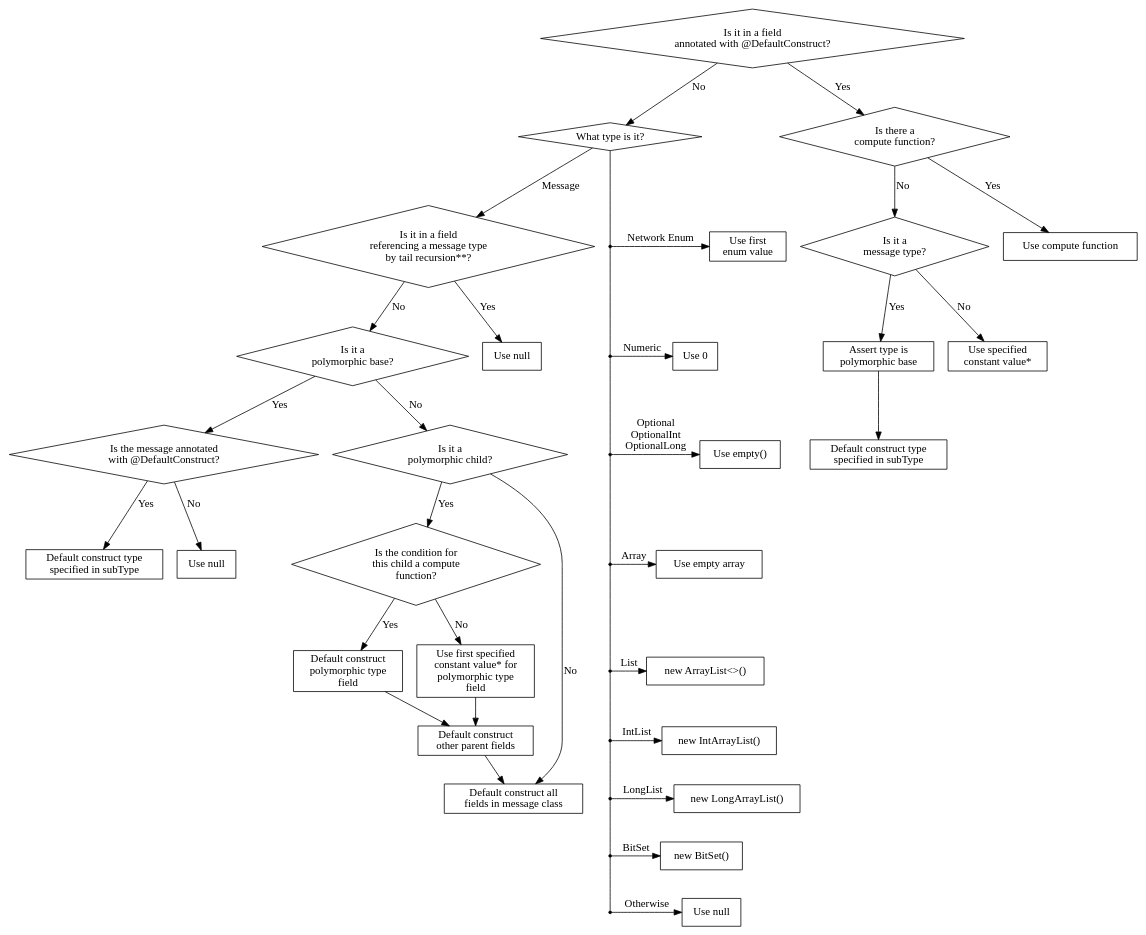
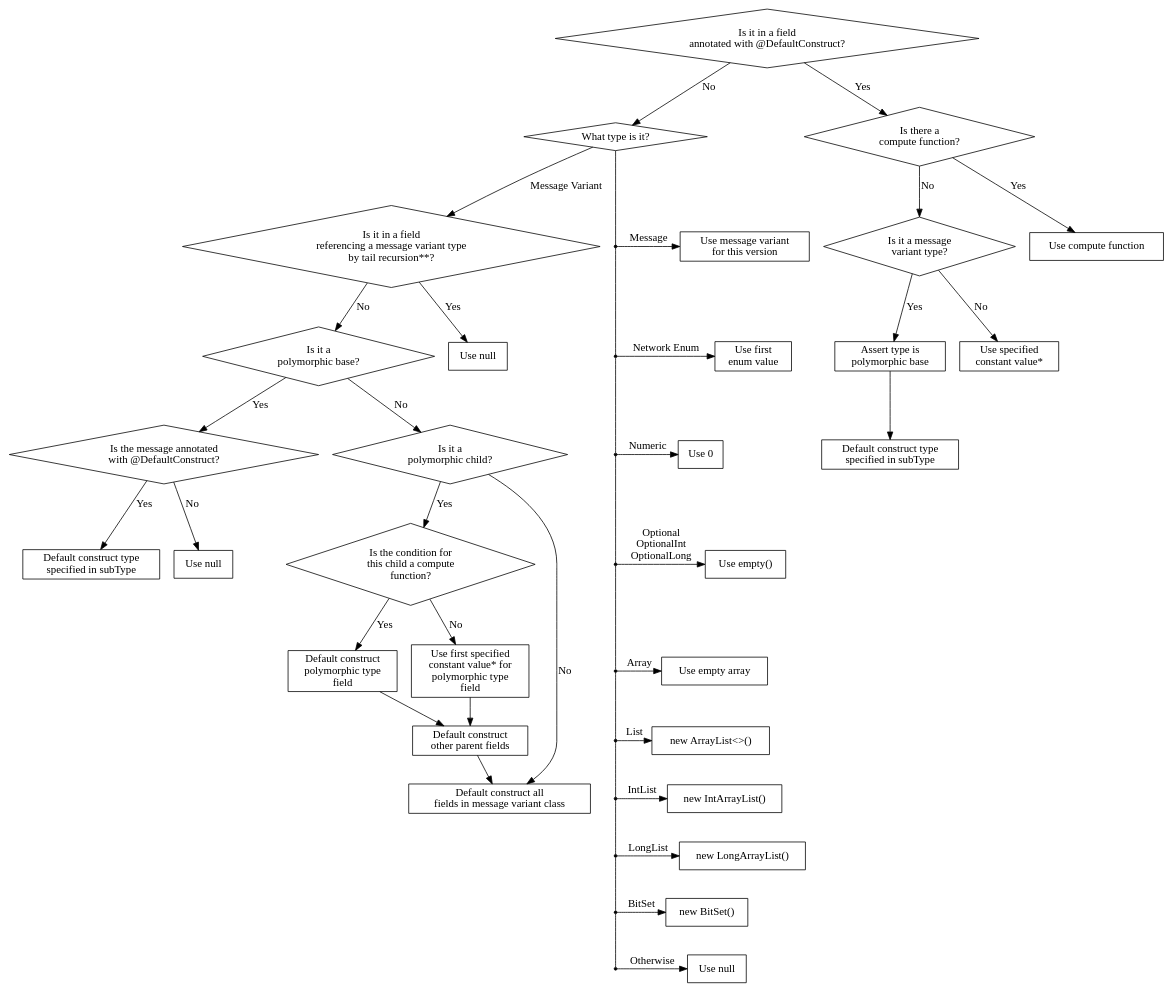
The diagram in docs/default_construction.dot (Earthcomputer/multiconnect), drawn with Graphviz before and after one commit. The commit also changed 206 other files, not shown here.

Commit message:
Refactor docs and packet impls to use message interfaces and concrete message variant implementations

```diff
--- a/docs/default_construction.dot
+++ b/docs/default_construction.dot
@@ -1,124 +1,131 @@
 digraph {
     subgraph {
         node [shape=diamond]
         IsAnnotatedField [label="Is it in a field\nannotated with @DefaultConstruct?"]
         WhatType [label="What type is it?"]
         FieldHasComputeFunction [label="Is there a\ncompute function?"]
-        FieldIsMessageType [label="Is it a\nmessage type?"]
+        FieldIsMessageType [label="Is it a message\nvariant type?"]
 
-        IsInTailrec [label="Is it in a field\nreferencing a message type\nby tail recursion**?"]
+        IsInTailrec [label="Is it in a field\nreferencing a message variant type\nby tail recursion**?"]
         IsPolymorphicParent [label="Is it a\npolymorphic base?"]
         PolymorphicParentHasDefaultConstruct [label="Is the message annotated\nwith @DefaultConstruct?"]
         IsPolymorphicChild [label="Is it a\npolymorphic child?"]
         IsPolymorphicChildCompute [label="Is the condition for\nthis child a compute\nfunction?"]
     }
 
     subgraph {
         node [shape=box]
         FieldUseComputeFunction [label="Use compute function"]
         FieldAssertMessageTypeIsParent [label="Assert type is\npolymorphic base"]
         FieldUsePolymorphicSubtype [label="Default construct type\nspecified in subType"]
         FieldUseConstantValue [label="Use specified\nconstant value*"]
 
         UsePolymorphicSubtype [label="Default construct type\nspecified in subType"]
         DefaultConstructPolymorphicTypeField [label="Default construct\npolymorphic type\nfield"]
         PolymorphicTypeFieldConstant [label="Use first specified\nconstant value* for\npolymorphic type\nfield"]
         DefaultConstructOtherParentFields [label="Default construct\nother parent fields"]
-        DefaultConstructFields [label="Default construct all\nfields in message class"]
+        DefaultConstructFields [label="Default construct all\nfields in message variant class"]
     }
 
     subgraph {
         node [shape=box,label="Use null"]
         Null1
         Null2
     }
 
     IsAnnotatedField -> FieldHasComputeFunction [label="Yes"]
     FieldHasComputeFunction -> FieldUseComputeFunction [label="Yes"]
     FieldHasComputeFunction -> FieldIsMessageType [label="No"]
     FieldIsMessageType -> FieldAssertMessageTypeIsParent [label="Yes"]
     FieldAssertMessageTypeIsParent -> FieldUsePolymorphicSubtype
     FieldIsMessageType -> FieldUseConstantValue [label="No"]
 
     IsAnnotatedField -> WhatType [label="No"]
 
-    WhatType -> IsInTailrec [label="Message"]
+    WhatType -> IsInTailrec [label="Message Variant"]
     IsInTailrec -> Null2 [label="Yes"]
     IsInTailrec -> IsPolymorphicParent [label="No"]
     IsPolymorphicParent -> PolymorphicParentHasDefaultConstruct [label="Yes"]
     PolymorphicParentHasDefaultConstruct -> UsePolymorphicSubtype [label="Yes"]
     PolymorphicParentHasDefaultConstruct -> Null1 [label="No"]
     IsPolymorphicParent -> IsPolymorphicChild [label="No"]
     IsPolymorphicChild -> IsPolymorphicChildCompute [label="Yes"]
     IsPolymorphicChildCompute -> DefaultConstructPolymorphicTypeField [label="Yes"]
     IsPolymorphicChildCompute -> PolymorphicTypeFieldConstant [label="No"]
     DefaultConstructPolymorphicTypeField -> DefaultConstructOtherParentFields
     PolymorphicTypeFieldConstant -> DefaultConstructOtherParentFields
     DefaultConstructOtherParentFields -> DefaultConstructFields
     IsPolymorphicChild -> DefaultConstructFields [label="No"]
 
-    WhatType -> UseFirstEnumValueAttach [dir=none]
+    WhatType -> UseMessageAttach [dir=none]
+    subgraph {
+        rank = same
+        UseMessageAttach [shape=point]
+        UseMessage [shape=box,label="Use message variant\nfor this version"]
+        UseMessageAttach -> UseMessage [label="Message"]
+    }
+    UseMessageAttach -> UseFirstEnumValueAttach [dir=none]
     subgraph {
         rank = same
         UseFirstEnumValueAttach [shape=point]
         UseFirstEnumValue [shape=box,label="Use first\nenum value"]
         UseFirstEnumValueAttach -> UseFirstEnumValue [label="Network Enum"]
     }
     UseFirstEnumValueAttach -> UseZeroAttach [dir=none]
     subgraph {
         rank = same
         UseZeroAttach [shape=point]
         UseZero [shape=box,label="Use 0"]
         UseZeroAttach -> UseZero [label="Numeric"]
     }
     UseZeroAttach -> UseOptionalEmptyAttach [dir=none]
     subgraph {
         rank = same
         UseOptionalEmptyAttach [shape=point]
         UseOptionalEmpty [shape=box,label="Use empty()"]
         UseOptionalEmptyAttach -> UseOptionalEmpty [label="Optional\nOptionalInt\nOptionalLong"]
     }
     UseOptionalEmptyAttach -> UseEmptyArrayAttach [dir=none]
     subgraph {
         rank = same
         UseEmptyArrayAttach [shape=point]
         UseEmptyArray [shape=box,label="Use empty array"]
         UseEmptyArrayAttach -> UseEmptyArray [label="Array"]
     }
     UseEmptyArrayAttach -> UseArrayListAttach [dir=none]
     subgraph {
         rank = same
         UseArrayListAttach [shape=point]
         UseArrayList [shape=box,label="new ArrayList<>()"]
         UseArrayListAttach -> UseArrayList [label="List"]
     }
     UseArrayListAttach -> UseIntArrayListAttach [dir=none]
     subgraph {
         rank = same
         UseIntArrayListAttach [shape=point]
         UseIntArrayList [shape=box,label = "new IntArrayList()"]
         UseIntArrayListAttach -> UseIntArrayList [label="IntList"]
     }
     UseIntArrayListAttach -> UseLongArrayListAttach [dir=none]
     subgraph {
         rank = same
         UseLongArrayListAttach [shape=point]
         UseLongArrayList [shape=box,label = "new LongArrayList()"]
         UseLongArrayListAttach -> UseLongArrayList [label="LongList"]
     }
     UseLongArrayListAttach -> UseBitSetAttach [dir=none]
     subgraph {
         rank = same
         UseBitSetAttach [shape=point]
         UseBitSet [shape=box,label = "new BitSet()"]
         UseBitSetAttach -> UseBitSet [label="BitSet"]
     }
     UseBitSetAttach -> OtherwiseAttach [dir=none]
     subgraph {
         rank = same
         OtherwiseAttach [shape=point]
         Otherwise [shape=box,label="Use null"]
         OtherwiseAttach -> Otherwise [label="Otherwise"]
     }
 
 }
```
